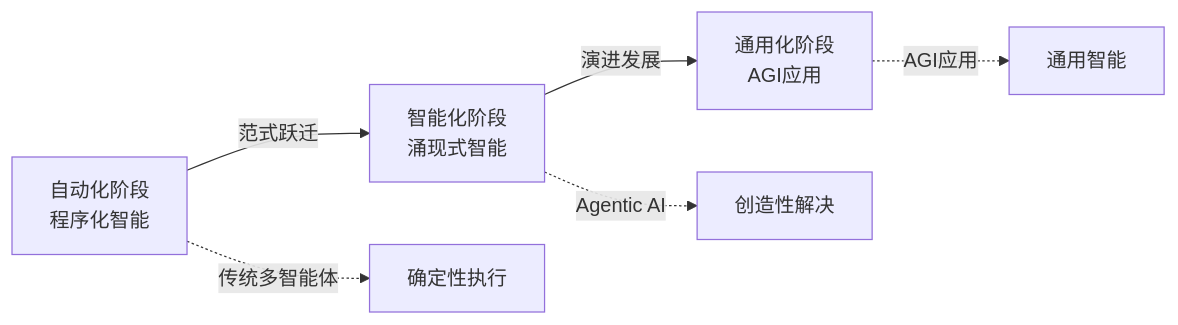
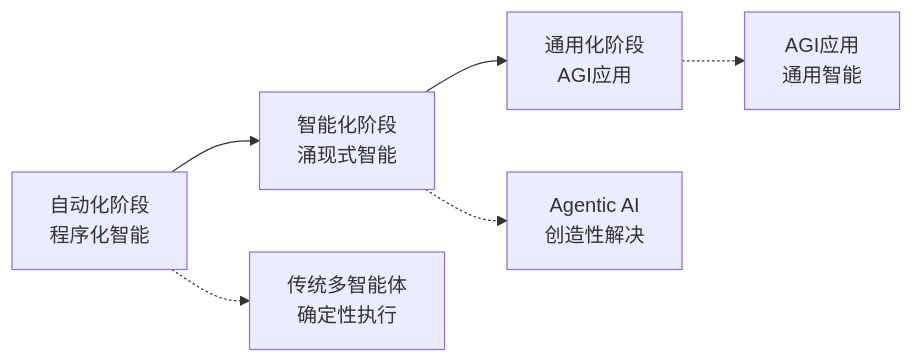
Before and after one commit to youyoude/agi-app-dev-guide-book: the first of 16 diagrams in 前言部分/Agentic_AI：通向AGI应用的关键前站与智能涌现之路.md, drawn with Mermaid. The commit also changed other lines of this file, not shown here.

````diff
--- a/前言部分/Agentic_AI：通向AGI应用的关键前站与智能涌现之路.md
+++ b/前言部分/Agentic_AI：通向AGI应用的关键前站与智能涌现之路.md
@@ -24,9 +24,9 @@
 ```mermaid
 graph LR
-    A[自动化阶段<br/>程序化智能] -->|范式跃迁| B[智能化阶段<br/>涌现式智能]
-    B -->|演进发展| C[通用化阶段<br/>AGI应用]
+    A[自动化阶段<br/>程序化智能] --> B[智能化阶段<br/>涌现式智能]
+    B --> C[通用化阶段<br/>AGI应用]
     
-    A -.->|传统多智能体| A1[确定性执行]
-    B -.->|Agentic AI| B1[创造性解决]
-    C -.->|AGI应用| C1[通用智能]
+    A -.-> A1[传统多智能体<br/>确定性执行]
+    B -.-> B1[Agentic AI<br/>创造性解决]
+    C -.-> C1[AGI应用<br/>通用智能]
 ```
````
